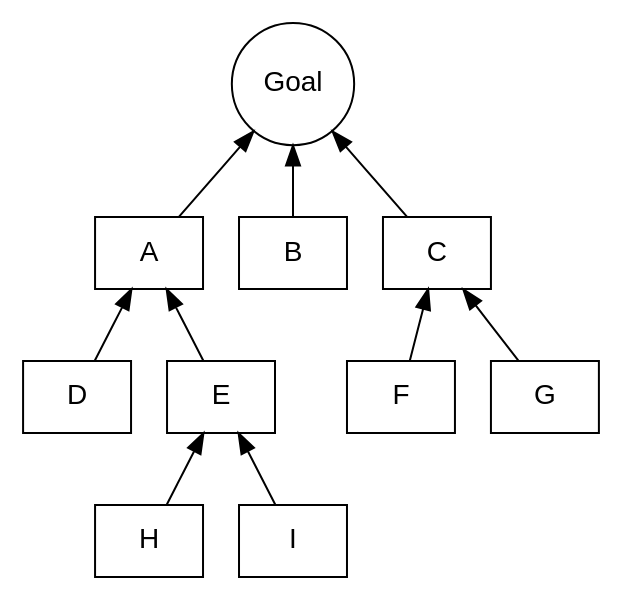
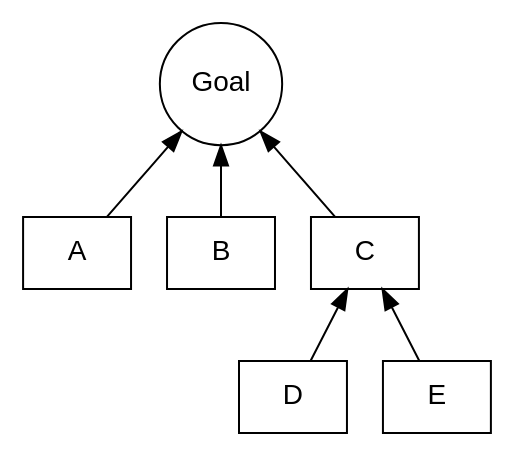
One commit to blackwellrd/ahp_tool changed the diagram in ahp001.dot. Above: the diagram before and after it, drawn with Graphviz. The commit also changed 4 other files, not shown here.

```diff
--- a/ahp001.dot
+++ b/ahp001.dot
@@ -1,14 +1,13 @@
 digraph G {
     rankdir = BT;
 	
 	node [shape = circle, fontname = Helvetica]
 		Goal
 
 	node [shape = box, fontname = Helvetica]
-		A; B; C; D; E; F; G; H; I;
+		A; B; C; D; E; 
 		
 	edge [dir = ""]
 		A->Goal; B->Goal; C->Goal;
-		D->A; E->A; F->C; G->C;
-		H->E; I->E;
+		D->C; E->C; 
 }
```
